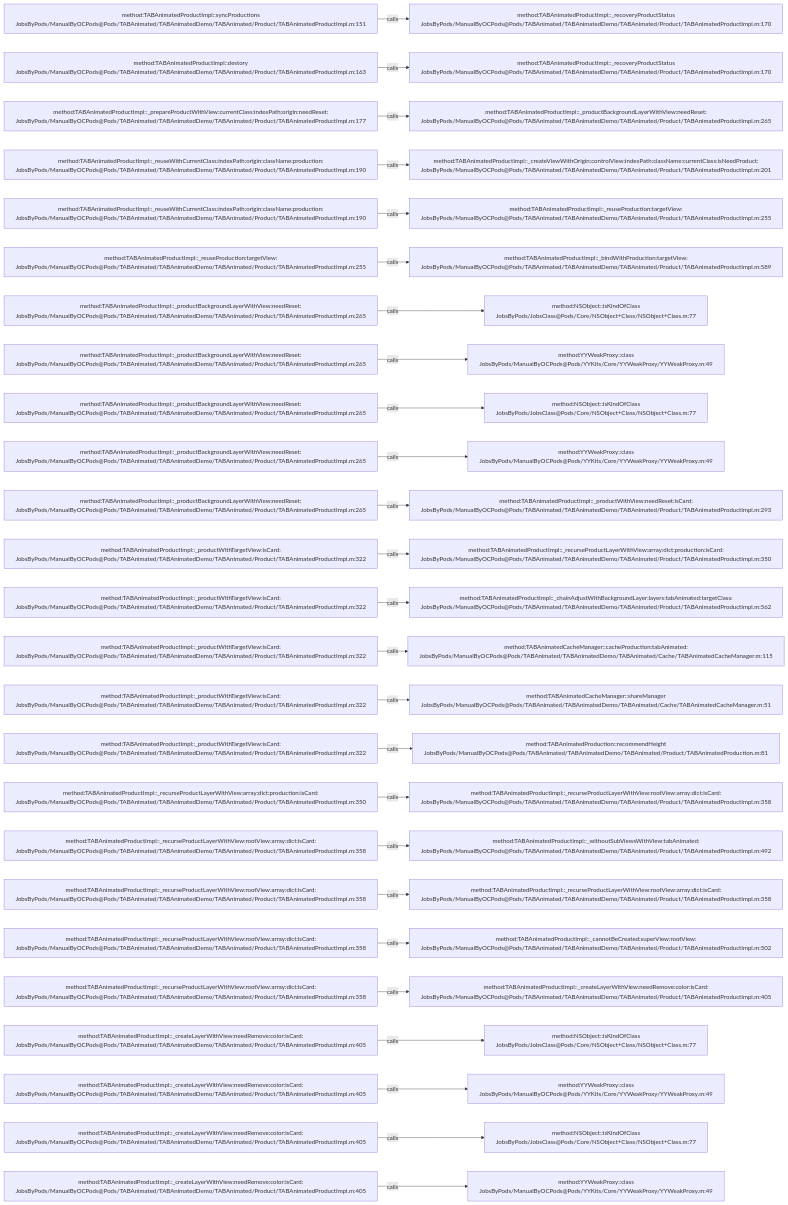
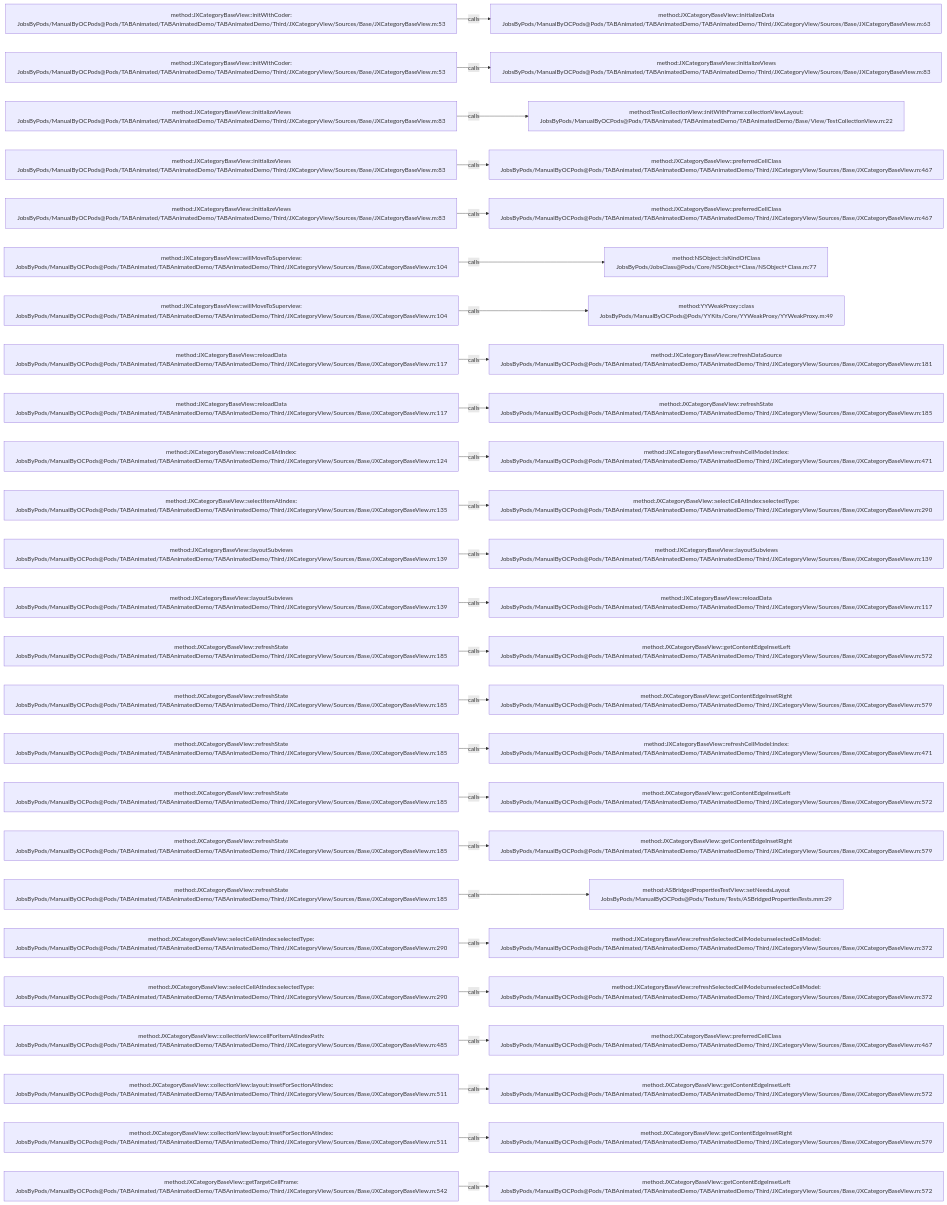
One commit to JobsKits/JobsOCBaseConfigDemo changed the diagram in .codegraph/codegraph.md/graphs/calls-043.md. Above: the diagram before and after it, drawn with Mermaid. The commit also changed 1223 other files, not shown here.

````diff
--- a/.codegraph/codegraph.md/graphs/calls-043.md
+++ b/.codegraph/codegraph.md/graphs/calls-043.md
@@ -13,78 +13,78 @@
 ```mermaid
 flowchart LR
-  S1["method:TABAnimatedProductImpl::syncProductions<br/>JobsByPods/ManualByOCPods@Pods/TABAnimated/TABAnimatedDemo/TABAnimated/Product/TABAnimatedProductImpl.m:151"]
-  T1["method:TABAnimatedProductImpl::_recoveryProductStatus<br/>JobsByPods/ManualByOCPods@Pods/TABAnimated/TABAnimatedDemo/TABAnimated/Product/TABAnimatedProductImpl.m:170"]
+  S1["method:JXCategoryBaseView::initWithCoder:<br/>JobsByPods/ManualByOCPods@Pods/TABAnimated/TABAnimatedDemo/TABAnimatedDemo/Third/JXCategoryView/Sources/Base/JXCategoryBaseView.m:53"]
+  T1["method:JXCategoryBaseView::initializeData<br/>JobsByPods/ManualByOCPods@Pods/TABAnimated/TABAnimatedDemo/TABAnimatedDemo/Third/JXCategoryView/Sources/Base/JXCategoryBaseView.m:63"]
   S1 -->|calls| T1
-  S2["method:TABAnimatedProductImpl::destory<br/>JobsByPods/ManualByOCPods@Pods/TABAnimated/TABAnimatedDemo/TABAnimated/Product/TABAnimatedProductImpl.m:163"]
-  T2["method:TABAnimatedProductImpl::_recoveryProductStatus<br/>JobsByPods/ManualByOCPods@Pods/TABAnimated/TABAnimatedDemo/TABAnimated/Product/TABAnimatedProductImpl.m:170"]
+  S2["method:JXCategoryBaseView::initWithCoder:<br/>JobsByPods/ManualByOCPods@Pods/TABAnimated/TABAnimatedDemo/TABAnimatedDemo/Third/JXCategoryView/Sources/Base/JXCategoryBaseView.m:53"]
+  T2["method:JXCategoryBaseView::initializeViews<br/>JobsByPods/ManualByOCPods@Pods/TABAnimated/TABAnimatedDemo/TABAnimatedDemo/Third/JXCategoryView/Sources/Base/JXCategoryBaseView.m:83"]
   S2 -->|calls| T2
-  S3["method:TABAnimatedProductImpl::_prepareProductWithView:currentClass:indexPath:origin:needReset:<br/>JobsByPods/ManualByOCPods@Pods/TABAnimated/TABAnimatedDemo/TABAnimated/Product/TABAnimatedProductImpl.m:177"]
-  T3["method:TABAnimatedProductImpl::_productBackgroundLayerWithView:needReset:<br/>JobsByPods/ManualByOCPods@Pods/TABAnimated/TABAnimatedDemo/TABAnimated/Product/TABAnimatedProductImpl.m:265"]
+  S3["method:JXCategoryBaseView::initializeViews<br/>JobsByPods/ManualByOCPods@Pods/TABAnimated/TABAnimatedDemo/TABAnimatedDemo/Third/JXCategoryView/Sources/Base/JXCategoryBaseView.m:83"]
+  T3["method:TestCollectionView::initWithFrame:collectionViewLayout:<br/>JobsByPods/ManualByOCPods@Pods/TABAnimated/TABAnimatedDemo/TABAnimatedDemo/Base/View/TestCollectionView.m:22"]
   S3 -->|calls| T3
-  S4["method:TABAnimatedProductImpl::_reuseWithCurrentClass:indexPath:origin:className:production:<br/>JobsByPods/ManualByOCPods@Pods/TABAnimated/TABAnimatedDemo/TABAnimated/Product/TABAnimatedProductImpl.m:190"]
-  T4["method:TABAnimatedProductImpl::_createViewWithOrigin:controlView:indexPath:className:currentClass:isNeedProduct:<br/>JobsByPods/ManualByOCPods@Pods/TABAnimated/TABAnimatedDemo/TABAnimated/Product/TABAnimatedProductImpl.m:201"]
+  S4["method:JXCategoryBaseView::initializeViews<br/>JobsByPods/ManualByOCPods@Pods/TABAnimated/TABAnimatedDemo/TABAnimatedDemo/Third/JXCategoryView/Sources/Base/JXCategoryBaseView.m:83"]
+  T4["method:JXCategoryBaseView::preferredCellClass<br/>JobsByPods/ManualByOCPods@Pods/TABAnimated/TABAnimatedDemo/TABAnimatedDemo/Third/JXCategoryView/Sources/Base/JXCategoryBaseView.m:467"]
   S4 -->|calls| T4
-  S5["method:TABAnimatedProductImpl::_reuseWithCurrentClass:indexPath:origin:className:production:<br/>JobsByPods/ManualByOCPods@Pods/TABAnimated/TABAnimatedDemo/TABAnimated/Product/TABAnimatedProductImpl.m:190"]
-  T5["method:TABAnimatedProductImpl::_reuseProduction:targetView:<br/>JobsByPods/ManualByOCPods@Pods/TABAnimated/TABAnimatedDemo/TABAnimated/Product/TABAnimatedProductImpl.m:255"]
+  S5["method:JXCategoryBaseView::initializeViews<br/>JobsByPods/ManualByOCPods@Pods/TABAnimated/TABAnimatedDemo/TABAnimatedDemo/Third/JXCategoryView/Sources/Base/JXCategoryBaseView.m:83"]
+  T5["method:JXCategoryBaseView::preferredCellClass<br/>JobsByPods/ManualByOCPods@Pods/TABAnimated/TABAnimatedDemo/TABAnimatedDemo/Third/JXCategoryView/Sources/Base/JXCategoryBaseView.m:467"]
   S5 -->|calls| T5
-  S6["method:TABAnimatedProductImpl::_reuseProduction:targetView:<br/>JobsByPods/ManualByOCPods@Pods/TABAnimated/TABAnimatedDemo/TABAnimated/Product/TABAnimatedProductImpl.m:255"]
-  T6["method:TABAnimatedProductImpl::_bindWithProduction:targetView:<br/>JobsByPods/ManualByOCPods@Pods/TABAnimated/TABAnimatedDemo/TABAnimated/Product/TABAnimatedProductImpl.m:589"]
+  S6["method:JXCategoryBaseView::willMoveToSuperview:<br/>JobsByPods/ManualByOCPods@Pods/TABAnimated/TABAnimatedDemo/TABAnimatedDemo/Third/JXCategoryView/Sources/Base/JXCategoryBaseView.m:104"]
+  T6["method:NSObject::isKindOfClass<br/>JobsByPods/JobsClass@Pods/Core/NSObject+Class/NSObject+Class.m:77"]
   S6 -->|calls| T6
-  S7["method:TABAnimatedProductImpl::_productBackgroundLayerWithView:needReset:<br/>JobsByPods/ManualByOCPods@Pods/TABAnimated/TABAnimatedDemo/TABAnimated/Product/TABAnimatedProductImpl.m:265"]
-  T7["method:NSObject::isKindOfClass<br/>JobsByPods/JobsClass@Pods/Core/NSObject+Class/NSObject+Class.m:77"]
+  S7["method:JXCategoryBaseView::willMoveToSuperview:<br/>JobsByPods/ManualByOCPods@Pods/TABAnimated/TABAnimatedDemo/TABAnimatedDemo/Third/JXCategoryView/Sources/Base/JXCategoryBaseView.m:104"]
+  T7["method:YYWeakProxy::class<br/>JobsByPods/ManualByOCPods@Pods/YYKits/Core/YYWeakProxy/YYWeakProxy.m:49"]
   S7 -->|calls| T7
-  S8["method:TABAnimatedProductImpl::_productBackgroundLayerWithView:needReset:<br/>JobsByPods/ManualByOCPods@Pods/TABAnimated/TABAnimatedDemo/TABAnimated/Product/TABAnimatedProductImpl.m:265"]
-  T8["method:YYWeakProxy::class<br/>JobsByPods/ManualByOCPods@Pods/YYKits/Core/YYWeakProxy/YYWeakProxy.m:49"]
+  S8["method:JXCategoryBaseView::reloadData<br/>JobsByPods/ManualByOCPods@Pods/TABAnimated/TABAnimatedDemo/TABAnimatedDemo/Third/JXCategoryView/Sources/Base/JXCategoryBaseView.m:117"]
+  T8["method:JXCategoryBaseView::refreshDataSource<br/>JobsByPods/ManualByOCPods@Pods/TABAnimated/TABAnimatedDemo/TABAnimatedDemo/Third/JXCategoryView/Sources/Base/JXCategoryBaseView.m:181"]
   S8 -->|calls| T8
-  S9["method:TABAnimatedProductImpl::_productBackgroundLayerWithView:needReset:<br/>JobsByPods/ManualByOCPods@Pods/TABAnimated/TABAnimatedDemo/TABAnimated/Product/TABAnimatedProductImpl.m:265"]
-  T9["method:NSObject::isKindOfClass<br/>JobsByPods/JobsClass@Pods/Core/NSObject+Class/NSObject+Class.m:77"]
+  S9["method:JXCategoryBaseView::reloadData<br/>JobsByPods/ManualByOCPods@Pods/TABAnimated/TABAnimatedDemo/TABAnimatedDemo/Third/JXCategoryView/Sources/Base/JXCategoryBaseView.m:117"]
+  T9["method:JXCategoryBaseView::refreshState<br/>JobsByPods/ManualByOCPods@Pods/TABAnimated/TABAnimatedDemo/TABAnimatedDemo/Third/JXCategoryView/Sources/Base/JXCategoryBaseView.m:185"]
   S9 -->|calls| T9
-  S10["method:TABAnimatedProductImpl::_productBackgroundLayerWithView:needReset:<br/>JobsByPods/ManualByOCPods@Pods/TABAnimated/TABAnimatedDemo/TABAnimated/Product/TABAnimatedProductImpl.m:265"]
-  T10["method:YYWeakProxy::class<br/>JobsByPods/ManualByOCPods@Pods/YYKits/Core/YYWeakProxy/YYWeakProxy.m:49"]
+  S10["method:JXCategoryBaseView::reloadCellAtIndex:<br/>JobsByPods/ManualByOCPods@Pods/TABAnimated/TABAnimatedDemo/TABAnimatedDemo/Third/JXCategoryView/Sources/Base/JXCategoryBaseView.m:124"]
+  T10["method:JXCategoryBaseView::refreshCellModel:index:<br/>JobsByPods/ManualByOCPods@Pods/TABAnimated/TABAnimatedDemo/TABAnimatedDemo/Third/JXCategoryView/Sources/Base/JXCategoryBaseView.m:471"]
   S10 -->|calls| T10
-  S11["method:TABAnimatedProductImpl::_productBackgroundLayerWithView:needReset:<br/>JobsByPods/ManualByOCPods@Pods/TABAnimated/TABAnimatedDemo/TABAnimated/Product/TABAnimatedProductImpl.m:265"]
-  T11["method:TABAnimatedProductImpl::_productWithView:needReset:isCard:<br/>JobsByPods/ManualByOCPods@Pods/TABAnimated/TABAnimatedDemo/TABAnimated/Product/TABAnimatedProductImpl.m:293"]
+  S11["method:JXCategoryBaseView::selectItemAtIndex:<br/>JobsByPods/ManualByOCPods@Pods/TABAnimated/TABAnimatedDemo/TABAnimatedDemo/Third/JXCategoryView/Sources/Base/JXCategoryBaseView.m:135"]
+  T11["method:JXCategoryBaseView::selectCellAtIndex:selectedType:<br/>JobsByPods/ManualByOCPods@Pods/TABAnimated/TABAnimatedDemo/TABAnimatedDemo/Third/JXCategoryView/Sources/Base/JXCategoryBaseView.m:290"]
   S11 -->|calls| T11
-  S12["method:TABAnimatedProductImpl::_productWithTargetView:isCard:<br/>JobsByPods/ManualByOCPods@Pods/TABAnimated/TABAnimatedDemo/TABAnimated/Product/TABAnimatedProductImpl.m:322"]
-  T12["method:TABAnimatedProductImpl::_recurseProductLayerWithView:array:dict:production:isCard:<br/>JobsByPods/ManualByOCPods@Pods/TABAnimated/TABAnimatedDemo/TABAnimated/Product/TABAnimatedProductImpl.m:350"]
+  S12["method:JXCategoryBaseView::layoutSubviews<br/>JobsByPods/ManualByOCPods@Pods/TABAnimated/TABAnimatedDemo/TABAnimatedDemo/Third/JXCategoryView/Sources/Base/JXCategoryBaseView.m:139"]
+  T12["method:JXCategoryBaseView::layoutSubviews<br/>JobsByPods/ManualByOCPods@Pods/TABAnimated/TABAnimatedDemo/TABAnimatedDemo/Third/JXCategoryView/Sources/Base/JXCategoryBaseView.m:139"]
   S12 -->|calls| T12
-  S13["method:TABAnimatedProductImpl::_productWithTargetView:isCard:<br/>JobsByPods/ManualByOCPods@Pods/TABAnimated/TABAnimatedDemo/TABAnimated/Product/TABAnimatedProductImpl.m:322"]
-  T13["method:TABAnimatedProductImpl::_chainAdjustWithBackgroundLayer:layers:tabAnimated:targetClass:<br/>JobsByPods/ManualByOCPods@Pods/TABAnimated/TABAnimatedDemo/TABAnimated/Product/TABAnimatedProductImpl.m:562"]
+  S13["method:JXCategoryBaseView::layoutSubviews<br/>JobsByPods/ManualByOCPods@Pods/TABAnimated/TABAnimatedDemo/TABAnimatedDemo/Third/JXCategoryView/Sources/Base/JXCategoryBaseView.m:139"]
+  T13["method:JXCategoryBaseView::reloadData<br/>JobsByPods/ManualByOCPods@Pods/TABAnimated/TABAnimatedDemo/TABAnimatedDemo/Third/JXCategoryView/Sources/Base/JXCategoryBaseView.m:117"]
   S13 -->|calls| T13
-  S14["method:TABAnimatedProductImpl::_productWithTargetView:isCard:<br/>JobsByPods/ManualByOCPods@Pods/TABAnimated/TABAnimatedDemo/TABAnimated/Product/TABAnimatedProductImpl.m:322"]
-  T14["method:TABAnimatedCacheManager::cacheProduction:tabAnimated:<br/>JobsByPods/ManualByOCPods@Pods/TABAnimated/TABAnimatedDemo/TABAnimated/Cache/TABAnimatedCacheManager.m:115"]
+  S14["method:JXCategoryBaseView::refreshState<br/>JobsByPods/ManualByOCPods@Pods/TABAnimated/TABAnimatedDemo/TABAnimatedDemo/Third/JXCategoryView/Sources/Base/JXCategoryBaseView.m:185"]
+  T14["method:JXCategoryBaseView::getContentEdgeInsetLeft<br/>JobsByPods/ManualByOCPods@Pods/TABAnimated/TABAnimatedDemo/TABAnimatedDemo/Third/JXCategoryView/Sources/Base/JXCategoryBaseView.m:572"]
   S14 -->|calls| T14
-  S15["method:TABAnimatedProductImpl::_productWithTargetView:isCard:<br/>JobsByPods/ManualByOCPods@Pods/TABAnimated/TABAnimatedDemo/TABAnimated/Product/TABAnimatedProductImpl.m:322"]
-  T15["method:TABAnimatedCacheManager::shareManager<br/>JobsByPods/ManualByOCPods@Pods/TABAnimated/TABAnimatedDemo/TABAnimated/Cache/TABAnimatedCacheManager.m:51"]
+  S15["method:JXCategoryBaseView::refreshState<br/>JobsByPods/ManualByOCPods@Pods/TABAnimated/TABAnimatedDemo/TABAnimatedDemo/Third/JXCategoryView/Sources/Base/JXCategoryBaseView.m:185"]
+  T15["method:JXCategoryBaseView::getContentEdgeInsetRight<br/>JobsByPods/ManualByOCPods@Pods/TABAnimated/TABAnimatedDemo/TABAnimatedDemo/Third/JXCategoryView/Sources/Base/JXCategoryBaseView.m:579"]
   S15 -->|calls| T15
-  S16["method:TABAnimatedProductImpl::_productWithTargetView:isCard:<br/>JobsByPods/ManualByOCPods@Pods/TABAnimated/TABAnimatedDemo/TABAnimated/Product/TABAnimatedProductImpl.m:322"]
-  T16["method:TABAnimatedProduction::recommendHeight<br/>JobsByPods/ManualByOCPods@Pods/TABAnimated/TABAnimatedDemo/TABAnimated/Product/TABAnimatedProduction.m:81"]
+  S16["method:JXCategoryBaseView::refreshState<br/>JobsByPods/ManualByOCPods@Pods/TABAnimated/TABAnimatedDemo/TABAnimatedDemo/Third/JXCategoryView/Sources/Base/JXCategoryBaseView.m:185"]
+  T16["method:JXCategoryBaseView::refreshCellModel:index:<br/>JobsByPods/ManualByOCPods@Pods/TABAnimated/TABAnimatedDemo/TABAnimatedDemo/Third/JXCategoryView/Sources/Base/JXCategoryBaseView.m:471"]
   S16 -->|calls| T16
-  S17["method:TABAnimatedProductImpl::_recurseProductLayerWithView:array:dict:production:isCard:<br/>JobsByPods/ManualByOCPods@Pods/TABAnimated/TABAnimatedDemo/TABAnimated/Product/TABAnimatedProductImpl.m:350"]
-  T17["method:TABAnimatedProductImpl::_recurseProductLayerWithView:rootView:array:dict:isCard:<br/>JobsByPods/ManualByOCPods@Pods/TABAnimated/TABAnimatedDemo/TABAnimated/Product/TABAnimatedProductImpl.m:358"]
+  S17["method:JXCategoryBaseView::refreshState<br/>JobsByPods/ManualByOCPods@Pods/TABAnimated/TABAnimatedDemo/TABAnimatedDemo/Third/JXCategoryView/Sources/Base/JXCategoryBaseView.m:185"]
+  T17["method:JXCategoryBaseView::getContentEdgeInsetLeft<br/>JobsByPods/ManualByOCPods@Pods/TABAnimated/TABAnimatedDemo/TABAnimatedDemo/Third/JXCategoryView/Sources/Base/JXCategoryBaseView.m:572"]
   S17 -->|calls| T17
-  S18["method:TABAnimatedProductImpl::_recurseProductLayerWithView:rootView:array:dict:isCard:<br/>JobsByPods/ManualByOCPods@Pods/TABAnimated/TABAnimatedDemo/TABAnimated/Product/TABAnimatedProductImpl.m:358"]
-  T18["method:TABAnimatedProductImpl::_withoutSubViewsWithView:tabAnimated:<br/>JobsByPods/ManualByOCPods@Pods/TABAnimated/TABAnimatedDemo/TABAnimated/Product/TABAnimatedProductImpl.m:492"]
+  S18["method:JXCategoryBaseView::refreshState<br/>JobsByPods/ManualByOCPods@Pods/TABAnimated/TABAnimatedDemo/TABAnimatedDemo/Third/JXCategoryView/Sources/Base/JXCategoryBaseView.m:185"]
+  T18["method:JXCategoryBaseView::getContentEdgeInsetRight<br/>JobsByPods/ManualByOCPods@Pods/TABAnimated/TABAnimatedDemo/TABAnimatedDemo/Third/JXCategoryView/Sources/Base/JXCategoryBaseView.m:579"]
   S18 -->|calls| T18
-  S19["method:TABAnimatedProductImpl::_recurseProductLayerWithView:rootView:array:dict:isCard:<br/>JobsByPods/ManualByOCPods@Pods/TABAnimated/TABAnimatedDemo/TABAnimated/Product/TABAnimatedProductImpl.m:358"]
-  T19["method:TABAnimatedProductImpl::_recurseProductLayerWithView:rootView:array:dict:isCard:<br/>JobsByPods/ManualByOCPods@Pods/TABAnimated/TABAnimatedDemo/TABAnimated/Product/TABAnimatedProductImpl.m:358"]
+  S19["method:JXCategoryBaseView::refreshState<br/>JobsByPods/ManualByOCPods@Pods/TABAnimated/TABAnimatedDemo/TABAnimatedDemo/Third/JXCategoryView/Sources/Base/JXCategoryBaseView.m:185"]
+  T19["method:ASBridgedPropertiesTestView::setNeedsLayout<br/>JobsByPods/ManualByOCPods@Pods/Texture/Tests/ASBridgedPropertiesTests.mm:29"]
   S19 -->|calls| T19
-  S20["method:TABAnimatedProductImpl::_recurseProductLayerWithView:rootView:array:dict:isCard:<br/>JobsByPods/ManualByOCPods@Pods/TABAnimated/TABAnimatedDemo/TABAnimated/Product/TABAnimatedProductImpl.m:358"]
-  T20["method:TABAnimatedProductImpl::_cannotBeCreated:superView:rootView:<br/>JobsByPods/ManualByOCPods@Pods/TABAnimated/TABAnimatedDemo/TABAnimated/Product/TABAnimatedProductImpl.m:502"]
+  S20["method:JXCategoryBaseView::selectCellAtIndex:selectedType:<br/>JobsByPods/ManualByOCPods@Pods/TABAnimated/TABAnimatedDemo/TABAnimatedDemo/Third/JXCategoryView/Sources/Base/JXCategoryBaseView.m:290"]
+  T20["method:JXCategoryBaseView::refreshSelectedCellModel:unselectedCellModel:<br/>JobsByPods/ManualByOCPods@Pods/TABAnimated/TABAnimatedDemo/TABAnimatedDemo/Third/JXCategoryView/Sources/Base/JXCategoryBaseView.m:372"]
   S20 -->|calls| T20
-  S21["method:TABAnimatedProductImpl::_recurseProductLayerWithView:rootView:array:dict:isCard:<br/>JobsByPods/ManualByOCPods@Pods/TABAnimated/TABAnimatedDemo/TABAnimated/Product/TABAnimatedProductImpl.m:358"]
-  T21["method:TABAnimatedProductImpl::_createLayerWithView:needRemove:color:isCard:<br/>JobsByPods/ManualByOCPods@Pods/TABAnimated/TABAnimatedDemo/TABAnimated/Product/TABAnimatedProductImpl.m:405"]
+  S21["method:JXCategoryBaseView::selectCellAtIndex:selectedType:<br/>JobsByPods/ManualByOCPods@Pods/TABAnimated/TABAnimatedDemo/TABAnimatedDemo/Third/JXCategoryView/Sources/Base/JXCategoryBaseView.m:290"]
+  T21["method:JXCategoryBaseView::refreshSelectedCellModel:unselectedCellModel:<br/>JobsByPods/ManualByOCPods@Pods/TABAnimated/TABAnimatedDemo/TABAnimatedDemo/Third/JXCategoryView/Sources/Base/JXCategoryBaseView.m:372"]
   S21 -->|calls| T21
-  S22["method:TABAnimatedProductImpl::_createLayerWithView:needRemove:color:isCard:<br/>JobsByPods/ManualByOCPods@Pods/TABAnimated/TABAnimatedDemo/TABAnimated/Product/TABAnimatedProductImpl.m:405"]
-  T22["method:NSObject::isKindOfClass<br/>JobsByPods/JobsClass@Pods/Core/NSObject+Class/NSObject+Class.m:77"]
+  S22["method:JXCategoryBaseView::collectionView:cellForItemAtIndexPath:<br/>JobsByPods/ManualByOCPods@Pods/TABAnimated/TABAnimatedDemo/TABAnimatedDemo/Third/JXCategoryView/Sources/Base/JXCategoryBaseView.m:485"]
+  T22["method:JXCategoryBaseView::preferredCellClass<br/>JobsByPods/ManualByOCPods@Pods/TABAnimated/TABAnimatedDemo/TABAnimatedDemo/Third/JXCategoryView/Sources/Base/JXCategoryBaseView.m:467"]
   S22 -->|calls| T22
-  S23["method:TABAnimatedProductImpl::_createLayerWithView:needRemove:color:isCard:<br/>JobsByPods/ManualByOCPods@Pods/TABAnimated/TABAnimatedDemo/TABAnimated/Product/TABAnimatedProductImpl.m:405"]
-  T23["method:YYWeakProxy::class<br/>JobsByPods/ManualByOCPods@Pods/YYKits/Core/YYWeakProxy/YYWeakProxy.m:49"]
+  S23["method:JXCategoryBaseView::collectionView:layout:insetForSectionAtIndex:<br/>JobsByPods/ManualByOCPods@Pods/TABAnimated/TABAnimatedDemo/TABAnimatedDemo/Third/JXCategoryView/Sources/Base/JXCategoryBaseView.m:511"]
+  T23["method:JXCategoryBaseView::getContentEdgeInsetLeft<br/>JobsByPods/ManualByOCPods@Pods/TABAnimated/TABAnimatedDemo/TABAnimatedDemo/Third/JXCategoryView/Sources/Base/JXCategoryBaseView.m:572"]
   S23 -->|calls| T23
-  S24["method:TABAnimatedProductImpl::_createLayerWithView:needRemove:color:isCard:<br/>JobsByPods/ManualByOCPods@Pods/TABAnimated/TABAnimatedDemo/TABAnimated/Product/TABAnimatedProductImpl.m:405"]
-  T24["method:NSObject::isKindOfClass<br/>JobsByPods/JobsClass@Pods/Core/NSObject+Class/NSObject+Class.m:77"]
+  S24["method:JXCategoryBaseView::collectionView:layout:insetForSectionAtIndex:<br/>JobsByPods/ManualByOCPods@Pods/TABAnimated/TABAnimatedDemo/TABAnimatedDemo/Third/JXCategoryView/Sources/Base/JXCategoryBaseView.m:511"]
+  T24["method:JXCategoryBaseView::getContentEdgeInsetRight<br/>JobsByPods/ManualByOCPods@Pods/TABAnimated/TABAnimatedDemo/TABAnimatedDemo/Third/JXCategoryView/Sources/Base/JXCategoryBaseView.m:579"]
   S24 -->|calls| T24
-  S25["method:TABAnimatedProductImpl::_createLayerWithView:needRemove:color:isCard:<br/>JobsByPods/ManualByOCPods@Pods/TABAnimated/TABAnimatedDemo/TABAnimated/Product/TABAnimatedProductImpl.m:405"]
-  T25["method:YYWeakProxy::class<br/>JobsByPods/ManualByOCPods@Pods/YYKits/Core/YYWeakProxy/YYWeakProxy.m:49"]
+  S25["method:JXCategoryBaseView::getTargetCellFrame:<br/>JobsByPods/ManualByOCPods@Pods/TABAnimated/TABAnimatedDemo/TABAnimatedDemo/Third/JXCategoryView/Sources/Base/JXCategoryBaseView.m:542"]
+  T25["method:JXCategoryBaseView::getContentEdgeInsetLeft<br/>JobsByPods/ManualByOCPods@Pods/TABAnimated/TABAnimatedDemo/TABAnimatedDemo/Third/JXCategoryView/Sources/Base/JXCategoryBaseView.m:572"]
   S25 -->|calls| T25
 ```
````
